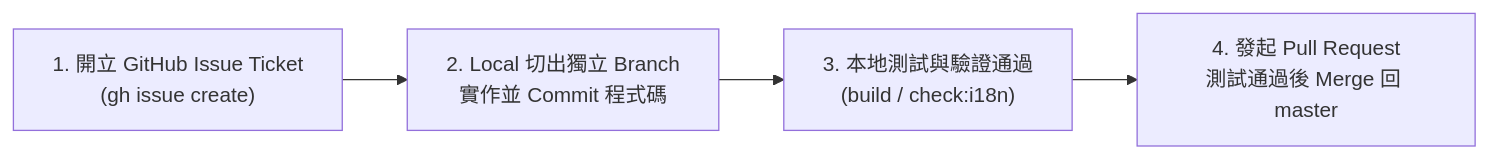
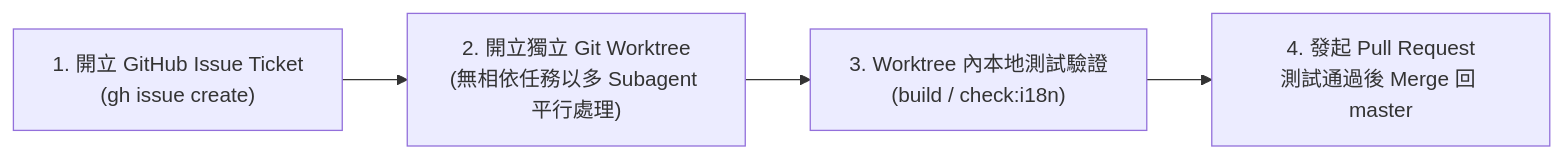
Before and after one commit to ntubiolin/stupa-game: the diagram in AGENTS.md, drawn with Mermaid. The commit also changed other lines of this file and 5 other files, not shown here.

````diff
--- a/AGENTS.md
+++ b/AGENTS.md
@@ -11,6 +11,6 @@
 ```mermaid
 flowchart LR
-    A["1. 開立 GitHub Issue Ticket<br/>(gh issue create)"] --> B["2. Local 切出獨立 Branch<br/>實作並 Commit 程式碼"]
-    B --> C["3. 本地測試與驗證通過<br/>(build / check:i18n)"]
+    A["1. 開立 GitHub Issue Ticket<br/>(gh issue create)"] --> B["2. 開立獨立 Git Worktree<br/>(無相依任務以多 Subagent 平行處理)"]
+    B --> C["3. Worktree 內本地測試驗證<br/>(build / check:i18n)"]
     C --> D["4. 發起 Pull Request<br/>測試通過後 Merge 回 master"]
 ```
````
